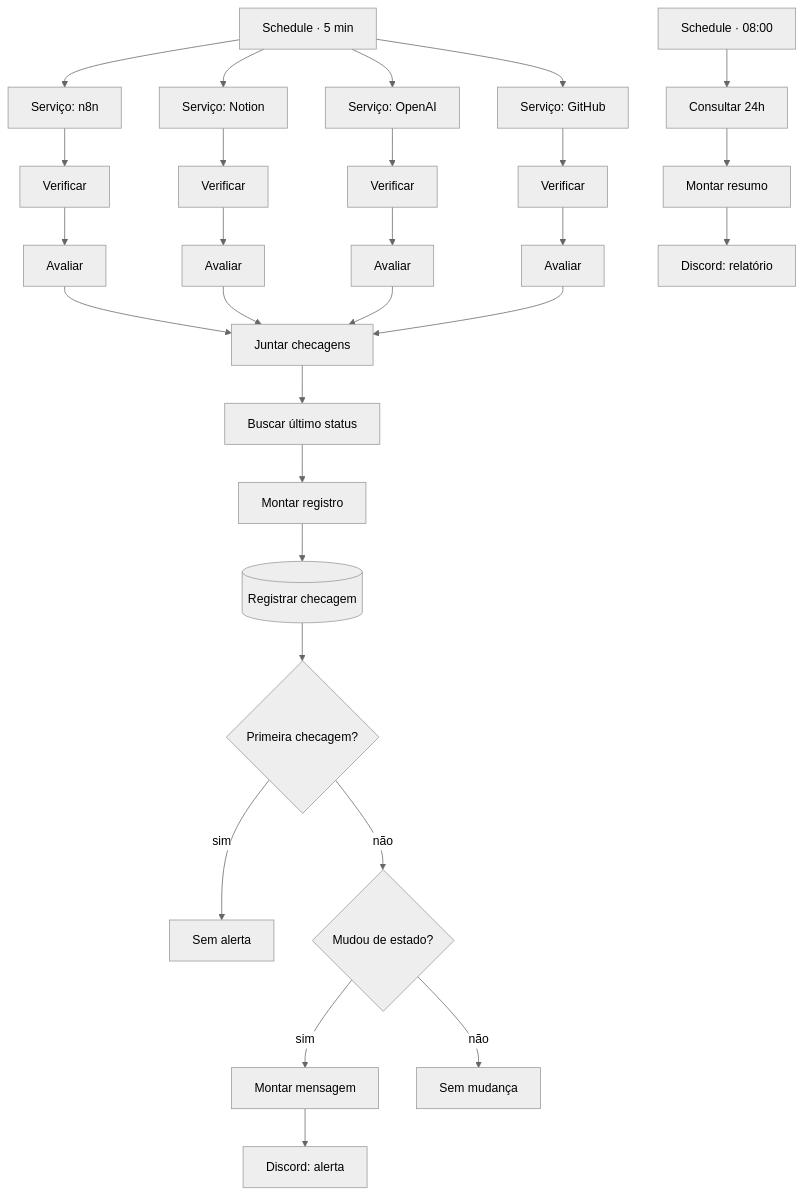
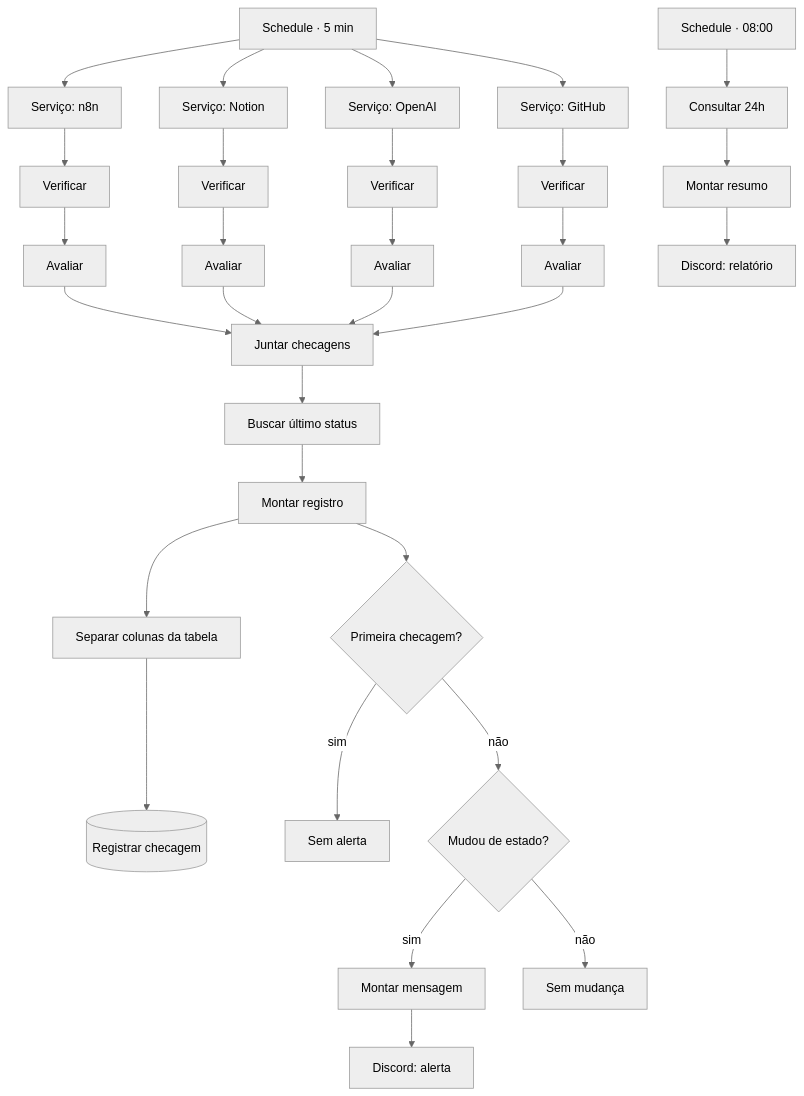
Before and after one commit to predoqrz/n8n-automation-portfolio: the diagram in workflows/02-monitor-disponibilidade/README.md, drawn with Mermaid (neutral theme). The commit also changed other lines of this file and 2 other files, not shown here.

````diff
--- a/workflows/02-monitor-disponibilidade/README.md
+++ b/workflows/02-monitor-disponibilidade/README.md
@@ -25,31 +25,31 @@
 ```mermaid
 flowchart TD
     A[Schedule · 5 min] --> B1[Serviço: n8n]
     A --> B2[Serviço: Notion]
     A --> B3[Serviço: OpenAI]
     A --> B4[Serviço: GitHub]
     B1 --> C1[Verificar]
     B2 --> C2[Verificar]
     B3 --> C3[Verificar]
     B4 --> C4[Verificar]
     C1 --> D1[Avaliar]
     C2 --> D2[Avaliar]
     C3 --> D3[Avaliar]
     C4 --> D4[Avaliar]
     D1 --> E[Juntar checagens]
     D2 --> E
     D3 --> E
     D4 --> E
     E --> F[Buscar último status]
     F --> G[Montar registro]
-    G --> H[(Registrar checagem)]
-    H --> I{Primeira checagem?}
+    G --> S[Separar colunas da tabela] --> H[(Registrar checagem)]
+    G --> I{Primeira checagem?}
     I -->|sim| J[Sem alerta]
     I -->|não| K{Mudou de estado?}
     K -->|sim| L[Montar mensagem] --> M[Discord: alerta]
     K -->|não| N[Sem mudança]
 
     O[Schedule · 08:00] --> P[Consultar 24h]
     P --> Q[Montar resumo]
     Q --> R[Discord: relatório]
 ```
````
